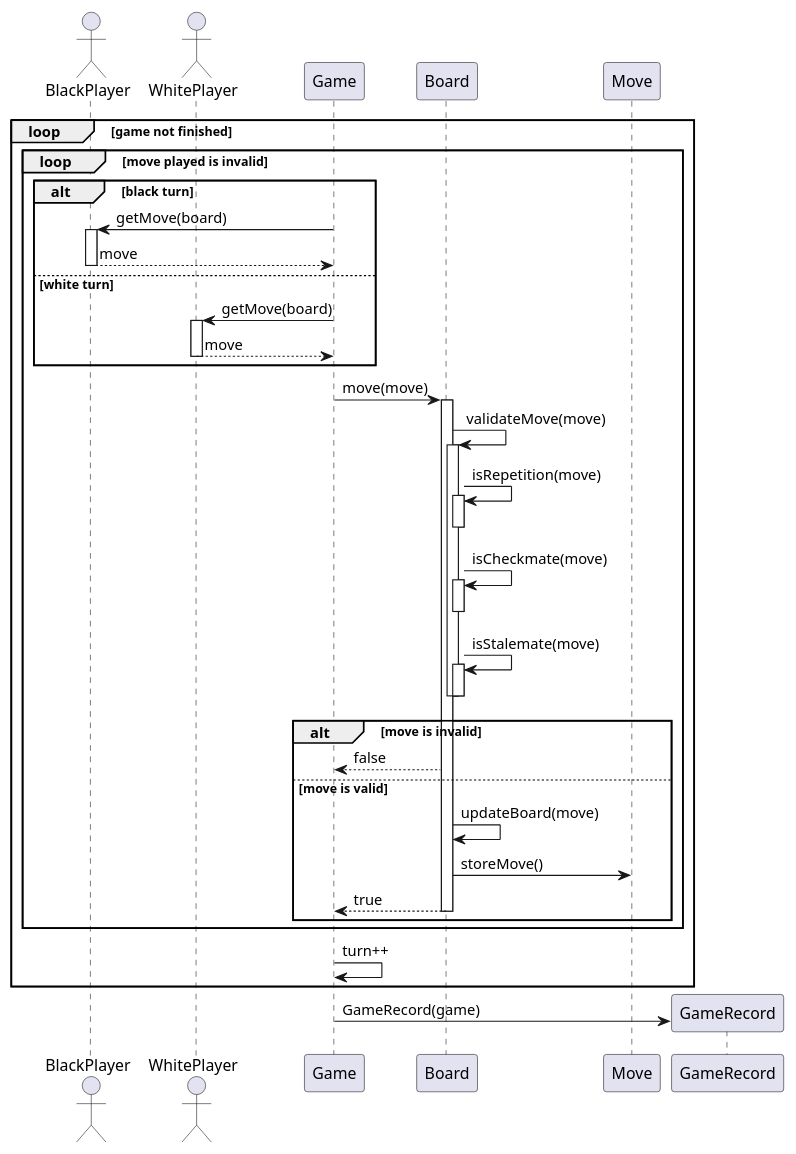
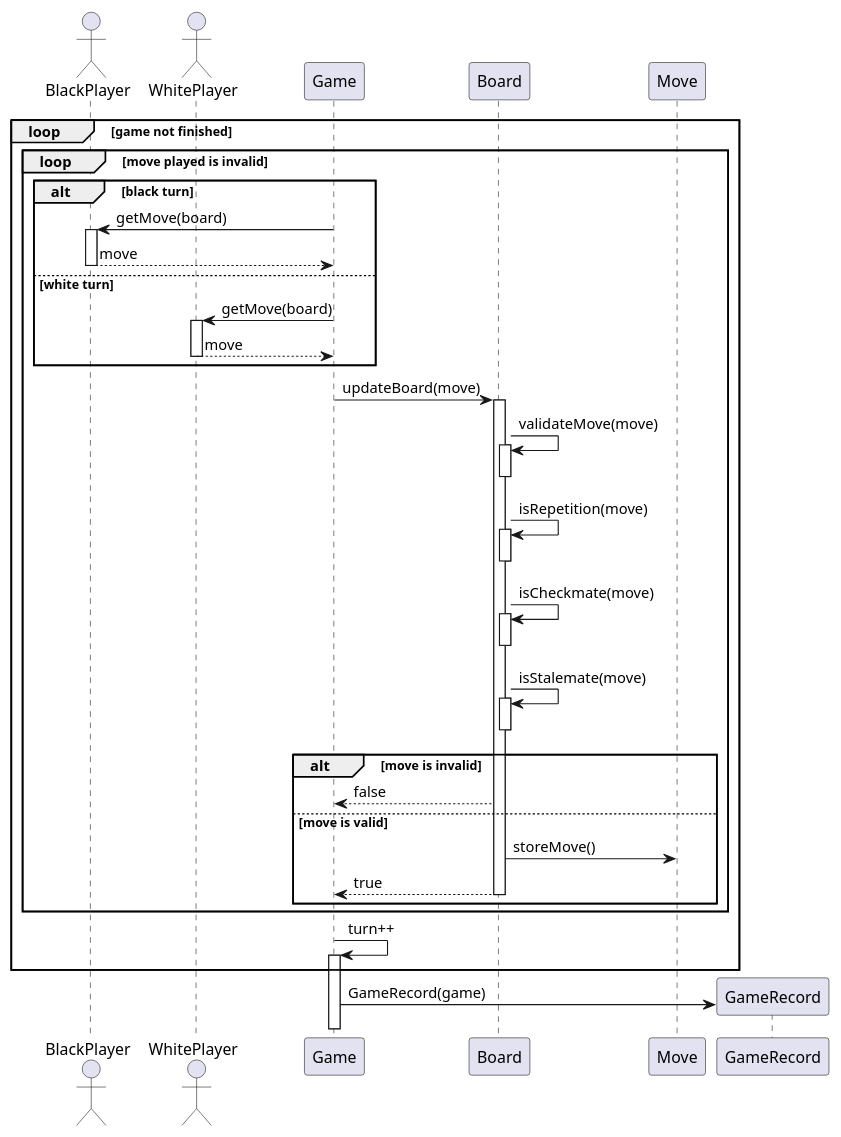
One commit to ECE493-W22-G04/rl-chess changed the diagram in docs/preliminary_design_diagrams/sequence_diagrams/play_pvp.puml. Above: the diagram before and after it, drawn with PlantUML. The commit also changed 1 other file, not shown here.

Commit message:
fixed updateBoard

```diff
--- a/docs/preliminary_design_diagrams/sequence_diagrams/play_pvp.puml
+++ b/docs/preliminary_design_diagrams/sequence_diagrams/play_pvp.puml
@@ -1,49 +1,48 @@
 @startuml
 
 actor BlackPlayer
 actor WhitePlayer
 
 loop game not finished
     loop move played is invalid
         alt black turn
             Game -> BlackPlayer : getMove(board)
             activate BlackPlayer
             BlackPlayer --> Game : move
             deactivate BlackPlayer
         else white turn
             Game -> WhitePlayer : getMove(board)
             activate WhitePlayer
             WhitePlayer --> Game : move
             deactivate WhitePlayer
         end
-        Game -> Board : move(move)
-        activate Board
-            Board -> Board : validateMove(move)
+        autoactivate off
+        Game -> Board: updateBoard(move)
             activate Board
-                Board -> Board : isRepetition(move)
+                Board -> Board: validateMove(move)
                     activate Board
                     deactivate Board
-                Board -> Board : isCheckmate(move)
+                Board -> Board: isRepetition(move)
                     activate Board
                     deactivate Board
-                Board -> Board : isStalemate(move)
+                Board -> Board: isCheckmate(move)
                     activate Board
                     deactivate Board
-            deactivate Board
-
-            alt move is invalid
-                Board --> Game : false
-            else move is valid
-                Board -> Board : updateBoard(move)
-                Board -> Move : storeMove()
-                Board --> Game : true
-                deactivate Board
-            end
-        deactivate Board
-    end
+                Board -> Board: isStalemate(move)
+                    activate Board
+                    deactivate Board
+                alt move is invalid
+                    Board --> Game : false
+                else move is valid
+                    Board -> Move : storeMove()
+                    Board --> Game : true
+                    deactivate Board
+                end
+        autoactivate on
+        end
 
     Game -> Game : turn++
 end
 
 Game -> GameRecord ** : GameRecord(game)
 @enduml
```
